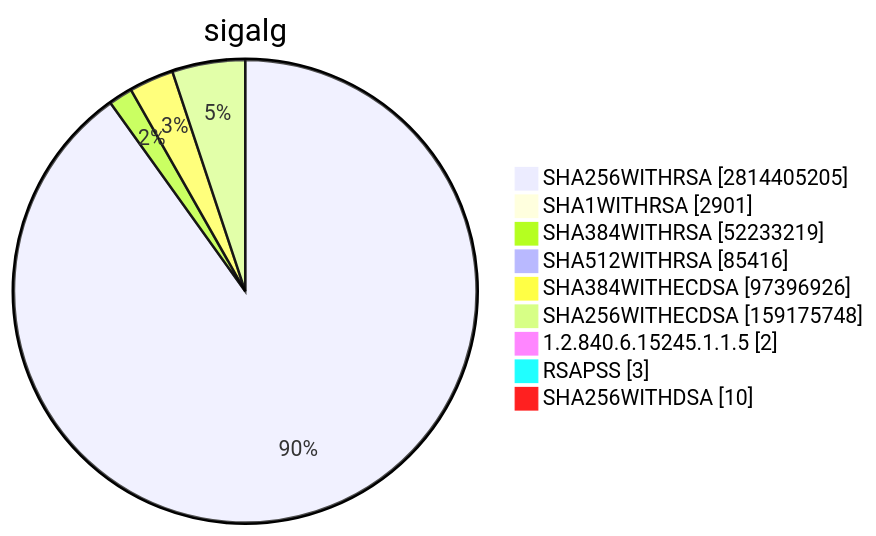
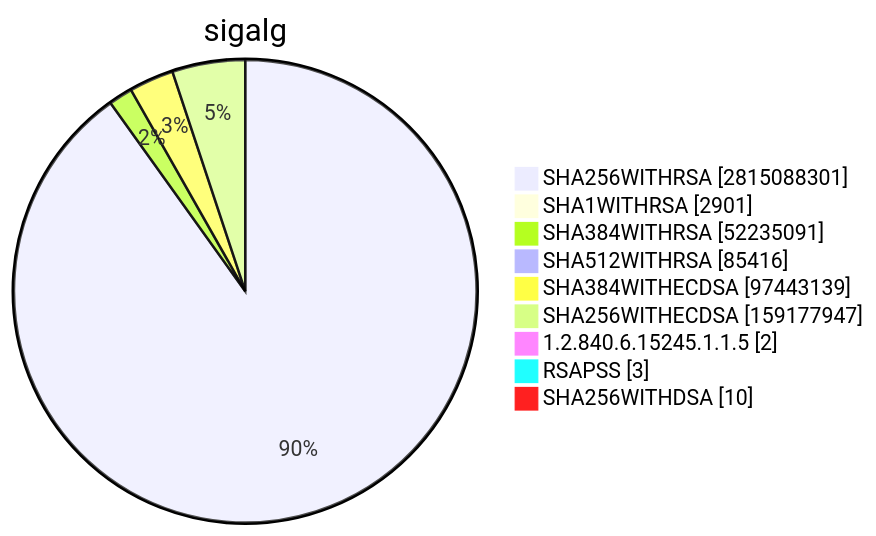
One commit to christiankrug/ctmonitor_visualization changed diagram 15 of 15 in TOTAL/README.md. Above: the diagram before and after it, drawn with Mermaid. The commit also changed other lines of this file, not shown here.

````diff
--- a/TOTAL/README.md
+++ b/TOTAL/README.md
@@ -6205,13 +6205,13 @@
 ```mermaid
 pie showData
 title sigalg
-"SHA256WITHRSA" :2814405205
+"SHA256WITHRSA" :2815088301
 "SHA1WITHRSA" :2901
-"SHA384WITHRSA" :52233219
+"SHA384WITHRSA" :52235091
 "SHA512WITHRSA" :85416
-"SHA384WITHECDSA" :97396926
-"SHA256WITHECDSA" :159175748
+"SHA384WITHECDSA" :97443139
+"SHA256WITHECDSA" :159177947
 "1.2.840.6.15245.1.1.5" :2
 "RSAPSS" :3
 "SHA256WITHDSA" :10
 ```
````
